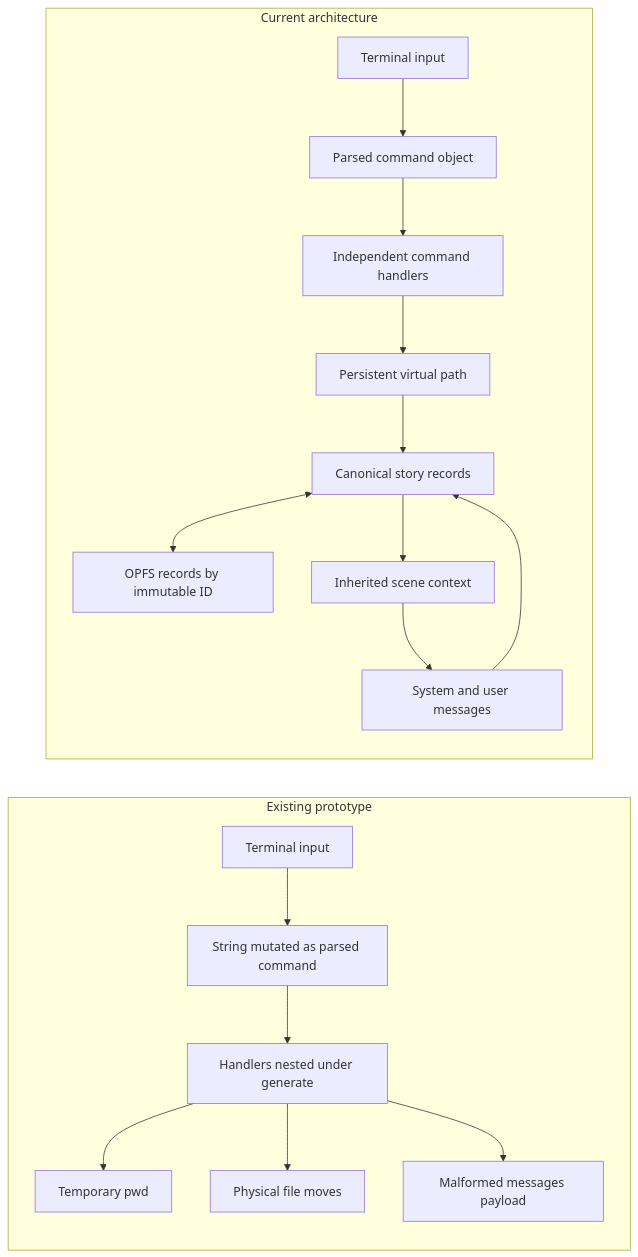
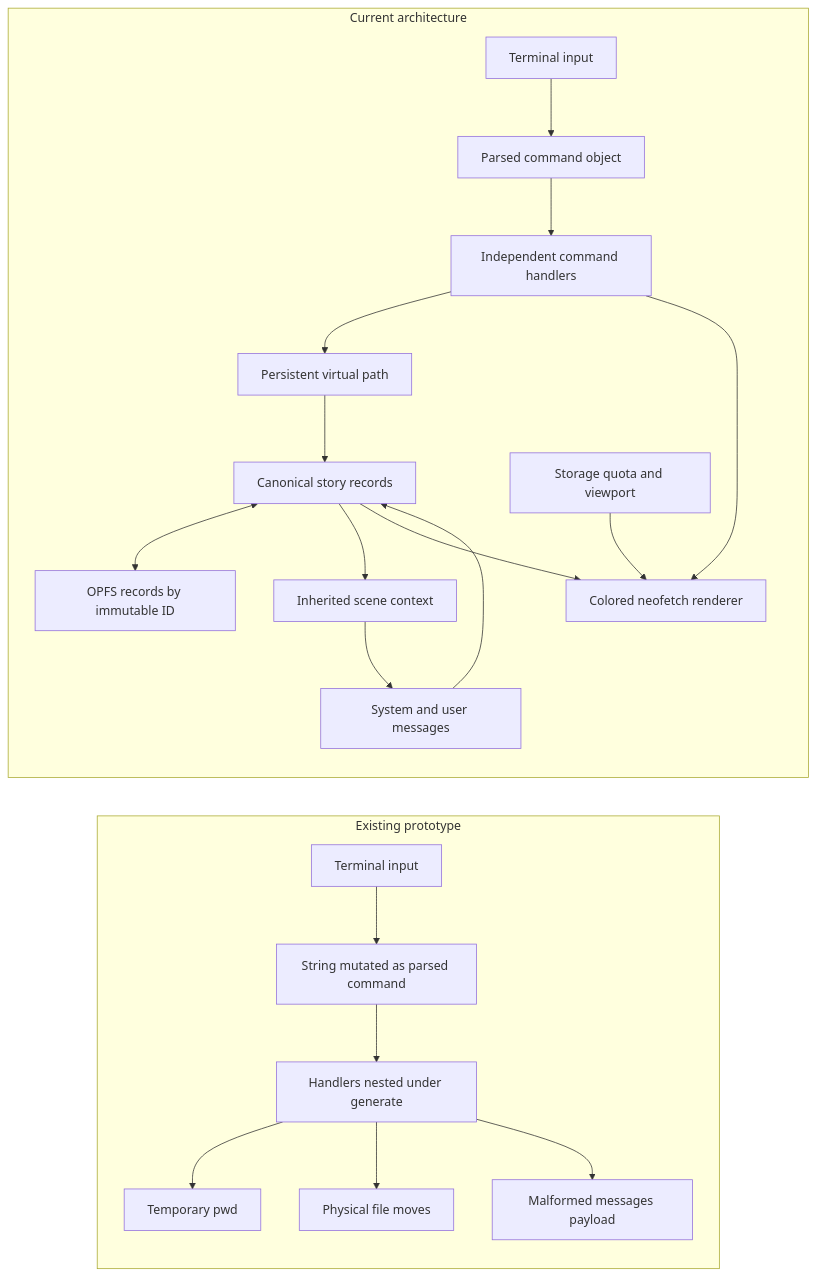
One commit to Colin1337X/cherenkov changed the diagram in README.md. Above: the diagram before and after it, drawn with Mermaid. The commit also changed other lines of this file and 3 other files, not shown here.

Commit message:
Add colored neofetch terminal command

````diff
--- a/README.md
+++ b/README.md
@@ -53,23 +61,26 @@
 ```mermaid
 flowchart LR
     subgraph Before[Existing prototype]
         direction TB
         BUI[Terminal input] --> BPARSE[String mutated as parsed command]
         BPARSE --> BDISPATCH[Handlers nested under generate]
         BDISPATCH --> BSTATE[Temporary pwd]
         BDISPATCH --> BFILES[Physical file moves]
         BDISPATCH --> BAPI[Malformed messages payload]
     end
 
     subgraph After[Current architecture]
         direction TB
         AUI[Terminal input] --> APARSE[Parsed command object]
         APARSE --> ACMD[Independent command handlers]
         ACMD --> APATH[Persistent virtual path]
         APATH --> ARECORDS[Canonical story records]
         ARECORDS <--> AOPFS[OPFS records by immutable ID]
         ARECORDS --> ACTX[Inherited scene context]
         ACTX --> AAPI[System and user messages]
         AAPI --> ARECORDS
+        ACMD --> ANEO[Colored neofetch renderer]
+        ARECORDS --> ANEO
+        ABROWSER[Storage quota and viewport] --> ANEO
     end
 ```
````
